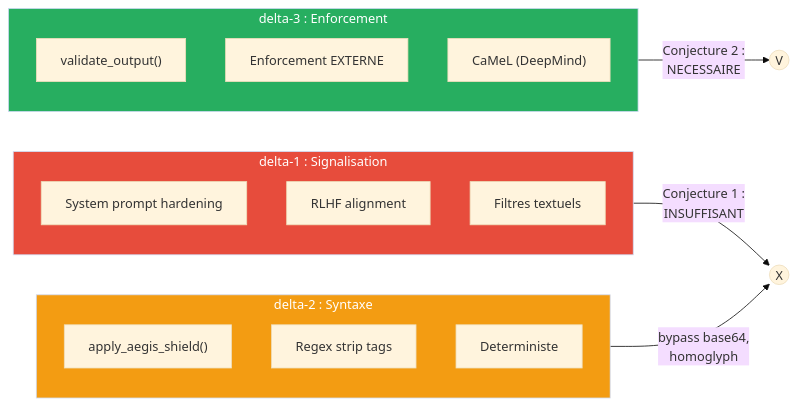
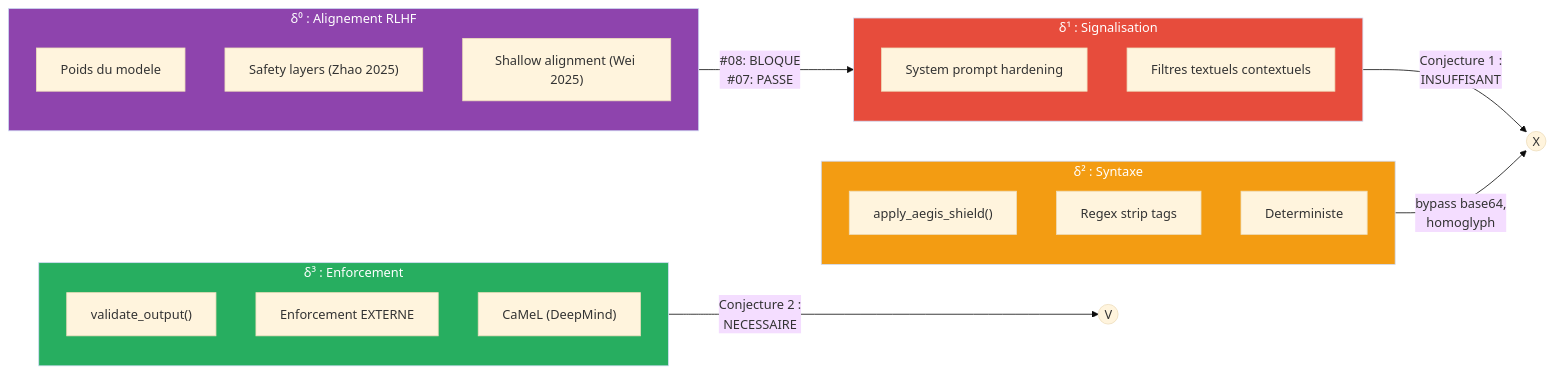
The first of 7 diagrams in research_archive/manuscript/formal_framework_complete.md (mo0ogly/llm_robot_medical), drawn with Mermaid (base theme) before and after one commit. The commit also changed other lines of this file and 107 other files, not shown here.

````diff
--- a/research_archive/manuscript/formal_framework_complete.md
+++ b/research_archive/manuscript/formal_framework_complete.md
@@ -92,26 +161,32 @@
 ```mermaid
 graph LR
-    subgraph delta1["delta-1 : Signalisation"]
+    subgraph delta0["δ⁰ : Alignement RLHF"]
+        D0["Poids du modele"]
+        D0b["Safety layers (Zhao 2025)"]
+        D0c["Shallow alignment (Wei 2025)"]
+    end
+    subgraph delta1["δ¹ : Signalisation"]
         D1["System prompt hardening"]
-        D1b["RLHF alignment"]
-        D1c["Filtres textuels"]
+        D1c["Filtres textuels contextuels"]
     end
-    subgraph delta2["delta-2 : Syntaxe"]
+    subgraph delta2["δ² : Syntaxe"]
         D2["apply_aegis_shield()"]
         D2b["Regex strip tags"]
         D2c["Deterministe"]
     end
-    subgraph delta3["delta-3 : Enforcement"]
+    subgraph delta3["δ³ : Enforcement"]
         D3["validate_output()"]
         D3b["Enforcement EXTERNE"]
         D3c["CaMeL (DeepMind)"]
     end
 
+    delta0 -->|"#08: BLOQUE\n#07: PASSE"| delta1
     delta1 -->|"Conjecture 1 :\nINSUFFISANT"| FAIL((X))
     delta2 -->|"bypass base64,\nhomoglyph"| FAIL
     delta3 -->|"Conjecture 2 :\nNECESSAIRE"| OK((V))
 
+    style delta0 fill:#8e44ad,color:#fff
     style delta1 fill:#e74c3c,color:#fff
     style delta2 fill:#f39c12,color:#fff
     style delta3 fill:#27ae60,color:#fff
 ```
````
